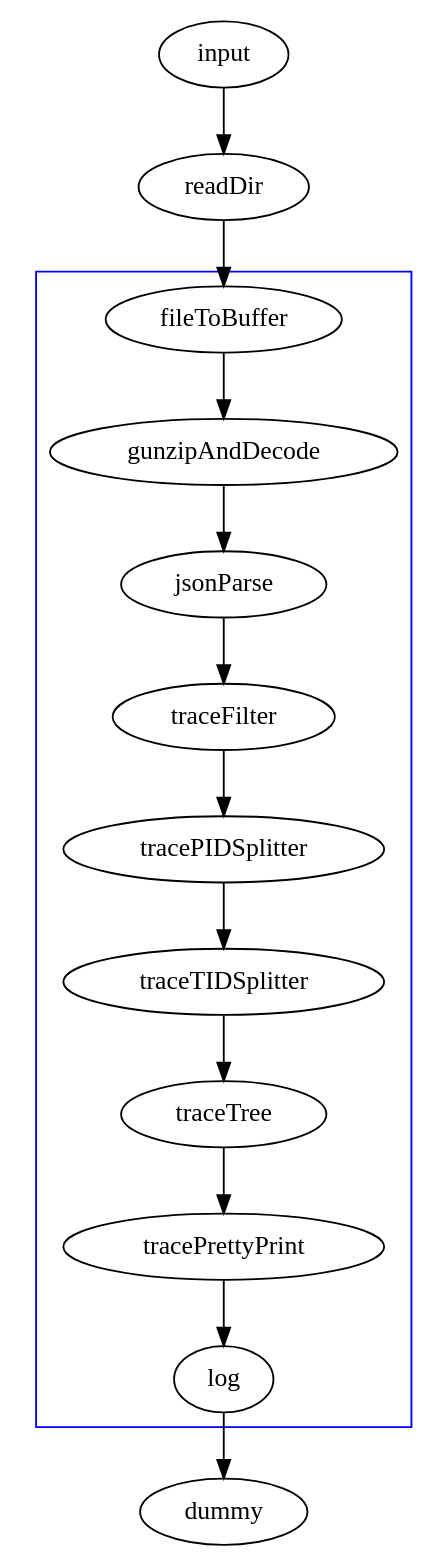
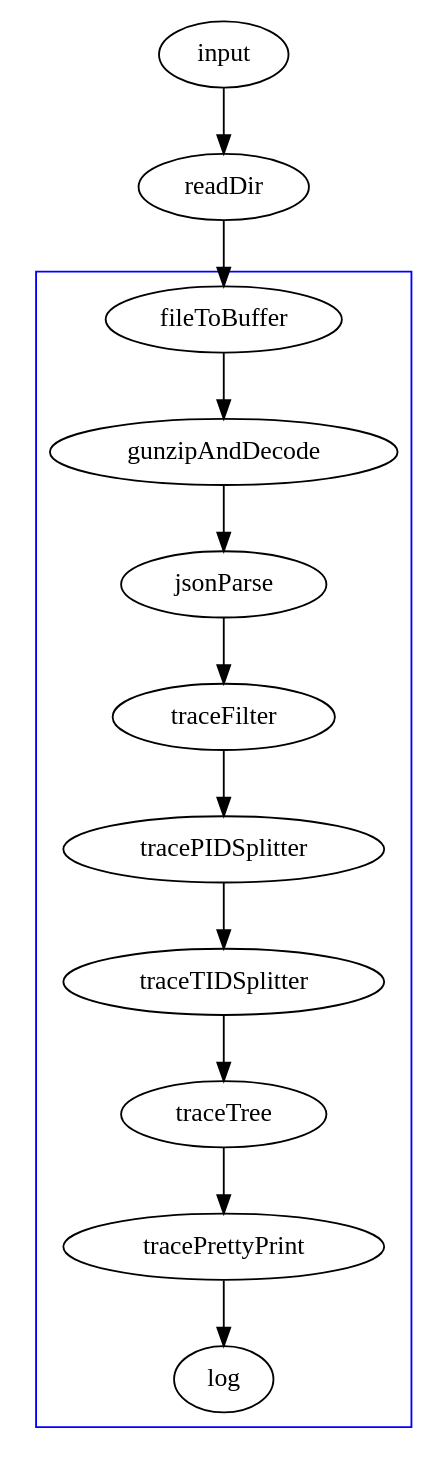
One commit to googlearchive/erlnmyr changed the diagram in trace.dot. Above: the diagram before and after it, drawn with Graphviz. The commit also changed 1 other file, not shown here.

```diff
--- a/trace.dot
+++ b/trace.dot
@@ -1,22 +1,20 @@
 digraph trace {
 
   imports="['./lib/trace-phases.js']"
 
   input [data="traces"]
   input -> readDir -> fileToBuffer;
 
   subgraph cluster0 {
     fileToBuffer -> gunzipAndDecode -> jsonParse;
     jsonParse -> traceFilter -> tracePIDSplitter -> traceTIDSplitter -> traceTree;
     traceTree -> tracePrettyPrint -> log;
 
     color=blue;
     strategy=pipeline;
   }
 
-  log -> dummy;
-
   log [tags="['filename']"]
   traceFilter [traceEvents="['Document::updateStyle','V8.Execute','CSSParserImpl::parseStyleSheet']"];
   tracePrettyPrint [showTrace="false"];
 }
```
